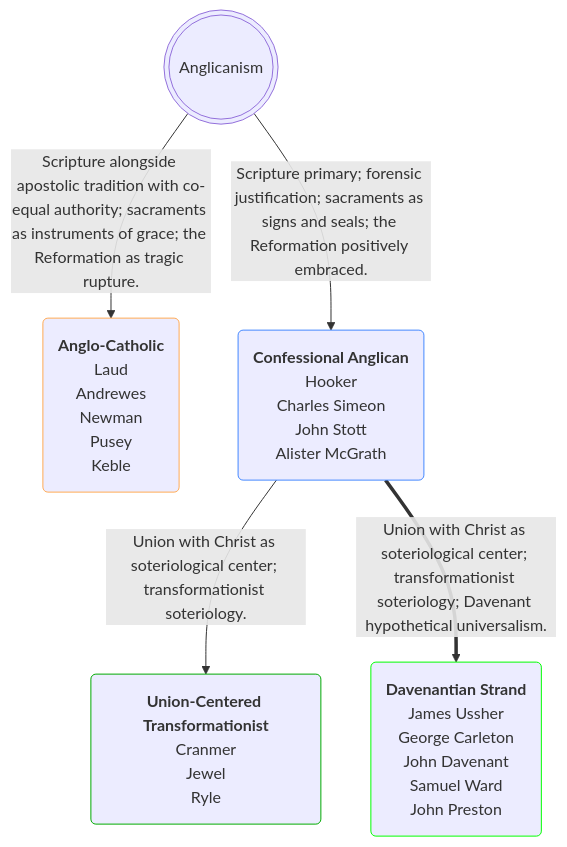
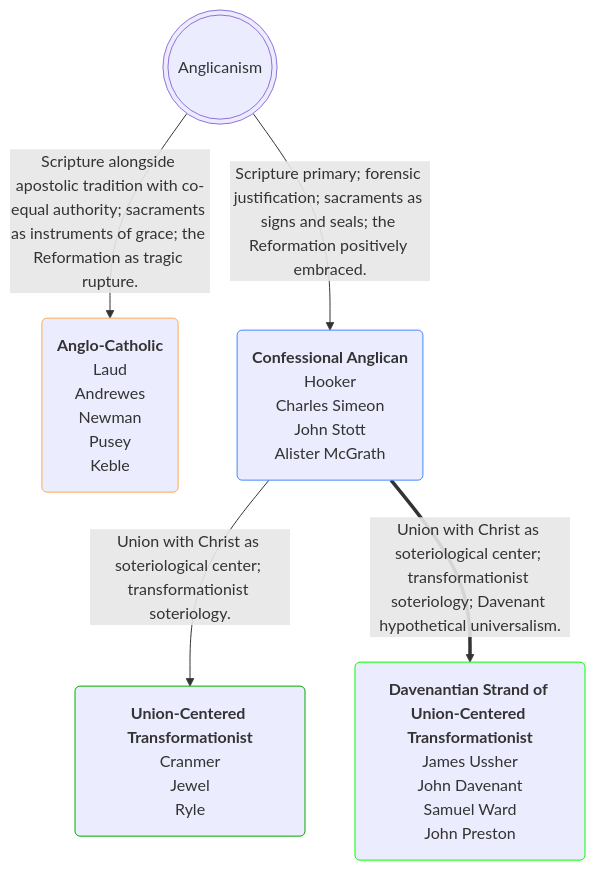
Before and after one commit to OrdoLuminis/ordoluminis.github.io: the first of 2 diagrams in _posts/2026-03-27-confessional-transformationist-anglo-catholic.markdown, drawn with Mermaid. The commit also changed other lines of this file, not shown here.

````diff
--- a/_posts/2026-03-27-confessional-transformationist-anglo-catholic.markdown
+++ b/_posts/2026-03-27-confessional-transformationist-anglo-catholic.markdown
@@ -44,12 +44,12 @@
 ```mermaid
 flowchart TD
     A(((Anglicanism)))
     A -->|Scripture alongside apostolic tradition with co-equal authority; sacraments as instruments of grace; the Reformation as tragic rupture.| B(<strong>Anglo-Catholic</strong><br>Laud<br>Andrewes<br>Newman<br>Pusey<br>Keble):::orange
     A -->|Scripture primary; forensic justification; sacraments as signs and seals; the Reformation positively embraced.| C(<strong>Confessional Anglican</strong><br>Hooker<br>Charles Simeon<br>John Stott<br>Alister McGrath):::blue
     C -->|Union with Christ as soteriological center; transformationist soteriology.| E(<strong>Union-Centered Transformationist</strong><br>Cranmer<br>Jewel<br>Ryle):::lightgreen
-    C ==>|Union with Christ as soteriological center; transformationist soteriology; Davenant hypothetical universalism.| D(<strong>Davenantian Strand</strong><br>James Ussher<br>George Carleton<br>John Davenant<br>Samuel Ward<br>John Preston):::green
+    C ==>|Union with Christ as soteriological center; transformationist soteriology; Davenant hypothetical universalism.| D(<strong>Davenantian Strand of Union-Centered Transformationist</strong><br>James Ussher<br>John Davenant<br>Samuel Ward<br>John Preston):::green
     classDef green stroke:#0f0
     classDef lightgreen stroke:#0a0
     classDef orange stroke:#fa5
     classDef blue stroke:#48f
 ```
````
